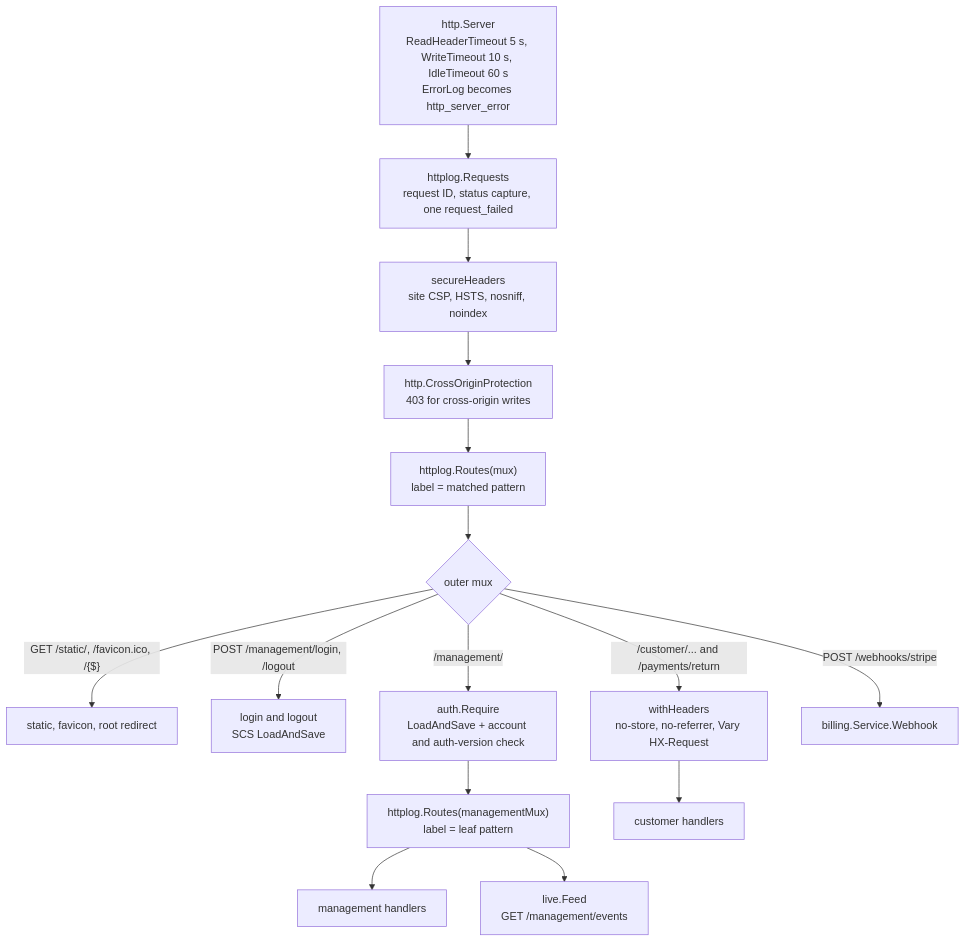
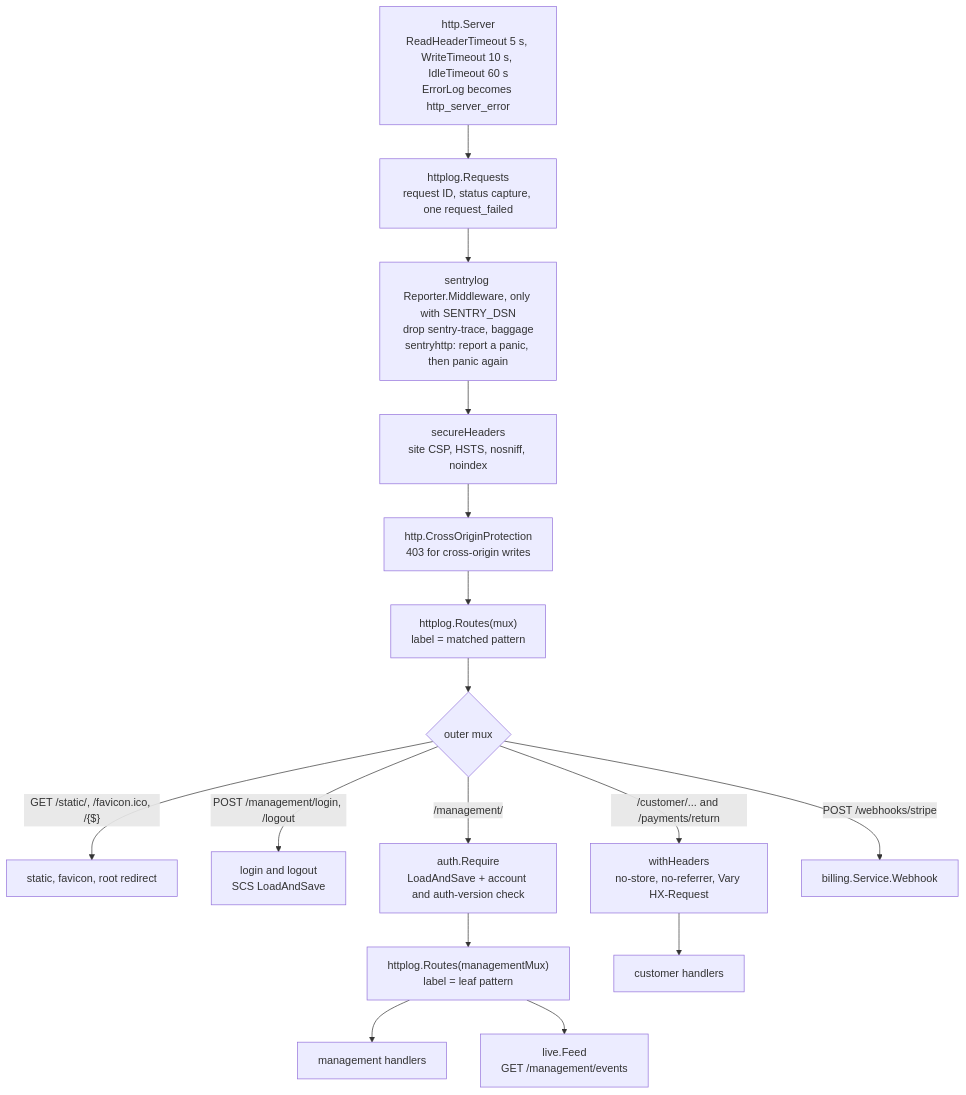
Before and after one commit to devGabriel131/ProjectHermes: the third of 3 diagrams in docs/architecture.md, drawn with Mermaid. The commit also changed other lines of this file and 13 other files, not shown here.

First line of the commit message:
feat(logging): Sentry error reporting, off without SENTRY_DSN (A2b) (#11)

````diff
--- a/docs/architecture.md
+++ b/docs/architecture.md
@@ -171,27 +175,28 @@
 ```mermaid
 flowchart TD
   conn["http.Server\nReadHeaderTimeout 5 s, WriteTimeout 10 s, IdleTimeout 60 s\nErrorLog becomes http_server_error"]
   req["httplog.Requests\nrequest ID, status capture, one request_failed"]
+  sentry["sentrylog Reporter.Middleware, only with SENTRY_DSN\ndrop sentry-trace, baggage\nsentryhttp: report a panic, then panic again"]
   sec["secureHeaders\nsite CSP, HSTS, nosniff, noindex"]
   cop["http.CrossOriginProtection\n403 for cross-origin writes"]
   outer["httplog.Routes(mux)\nlabel = matched pattern"]
   mux{"outer mux"}
   static["static, favicon, root redirect"]
   authh["login and logout\nSCS LoadAndSave"]
   require["auth.Require\nLoadAndSave + account and auth-version check"]
   inner["httplog.Routes(managementMux)\nlabel = leaf pattern"]
   mgmt["management handlers"]
   feed["live.Feed\nGET /management/events"]
   hdr["withHeaders\nno-store, no-referrer, Vary HX-Request"]
   cust["customer handlers"]
   hook["billing.Service.Webhook"]
 
-  conn --> req --> sec --> cop --> outer --> mux
+  conn --> req --> sentry --> sec --> cop --> outer --> mux
   mux -->|"GET /static/, /favicon.ico, /{$}"| static
   mux -->|"POST /management/login, /logout"| authh
   mux -->|"/management/"| require --> inner
   inner --> mgmt
   inner --> feed
   mux -->|"/customer/... and /payments/return"| hdr --> cust
   mux -->|"POST /webhooks/stripe"| hook
 ```
````
